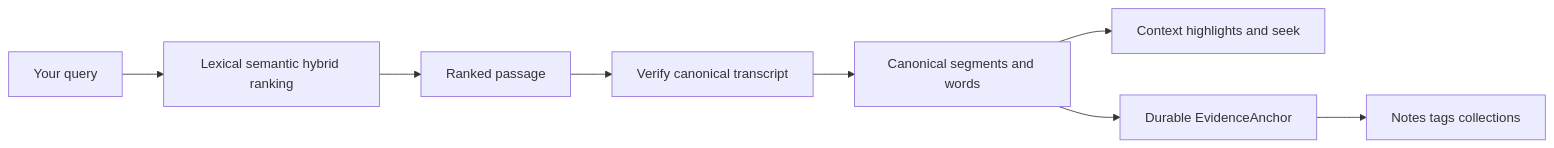
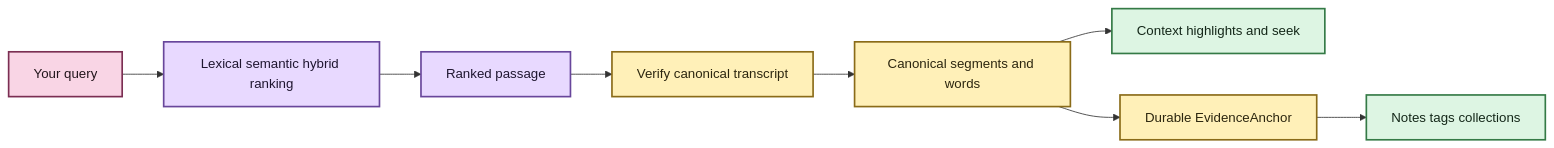
Before and after one commit to SSD1805/EchoFlow: the first of 2 diagrams in docs/evidence-navigation.md, drawn with Mermaid. The commit also changed other lines of this file, not shown here.

Commit message:
docs: refresh evidence navigation for desktop reader

````diff
--- a/docs/evidence-navigation.md
+++ b/docs/evidence-navigation.md
@@ -14,10 +14,20 @@
 ```mermaid
 flowchart LR
     A[Your query] --> B[Lexical semantic hybrid ranking]
     B --> C[Ranked passage]
     C --> D[Verify canonical transcript]
     D --> E[Canonical segments and words]
     E --> F[Context highlights and seek]
     E --> G[Durable EvidenceAnchor]
     G --> H[Notes tags collections]
+
+    classDef source fill:#F9D5E5,stroke:#7B2E52,stroke-width:2px,color:#22151B
+    classDef process fill:#E8D9FF,stroke:#68469B,stroke-width:2px,color:#1F1630
+    classDef evidence fill:#FFF0B8,stroke:#8A6B18,stroke-width:2px,color:#2C260F
+    classDef view fill:#DDF5E3,stroke:#347A46,stroke-width:2px,color:#142719
+
+    class A source
+    class B,C process
+    class D,E,G evidence
+    class F,H view
 ```
````
